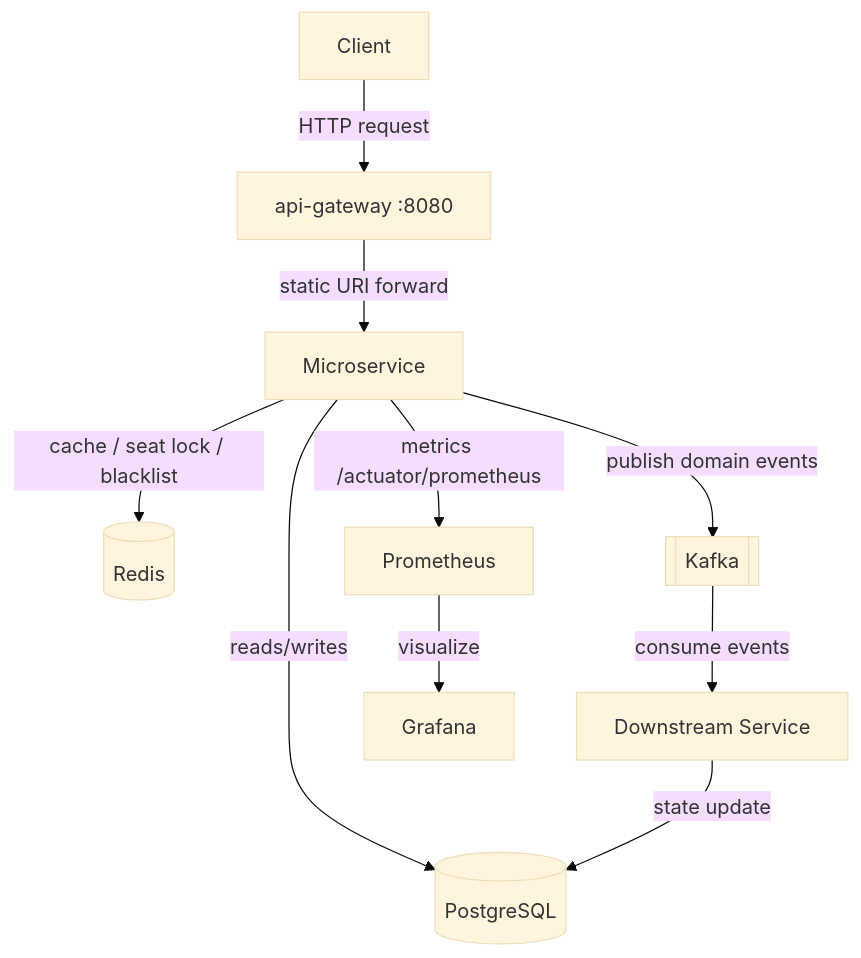
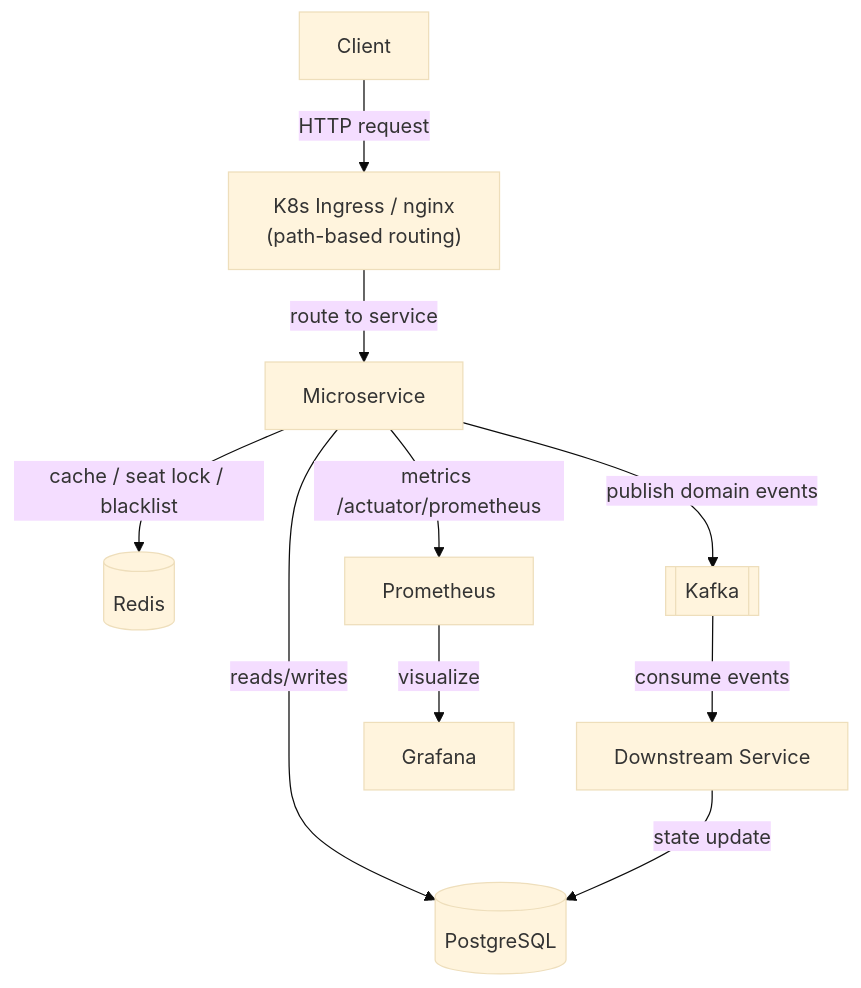
The third of 25 diagrams in docs/system-design-mermaid-diagrams-all-services-flows.md (namnd0312/ms-cinema), drawn with Mermaid (base theme) before and after one commit. The commit also changed other lines of this file and 36 other files, not shown here.

Commit message:
260409-2143-remove-api-gateway-use-k8s-ingress

````diff
--- a/docs/system-design-mermaid-diagrams-all-services-flows.md
+++ b/docs/system-design-mermaid-diagrams-all-services-flows.md
@@ -183,14 +180,14 @@
 ```mermaid
 flowchart TD
-    C["Client"] -->|HTTP request| GW["api-gateway :8080"]
-    GW -->|static URI forward| SVC["Microservice"]
+    C["Client"] -->|HTTP request| ING["K8s Ingress / nginx\n(path-based routing)"]
+    ING -->|route to service| SVC["Microservice"]
 
     SVC -->|reads/writes| DB[("PostgreSQL")]
     SVC -->|cache / seat lock / blacklist| RD[("Redis")]
     SVC -->|publish domain events| KF[["Kafka"]]
     KF -->|consume events| SVC2["Downstream Service"]
     SVC2 -->|state update| DB
 
     SVC -->|metrics /actuator/prometheus| PR["Prometheus"]
     PR -->|visualize| GR["Grafana"]
 ```
````
